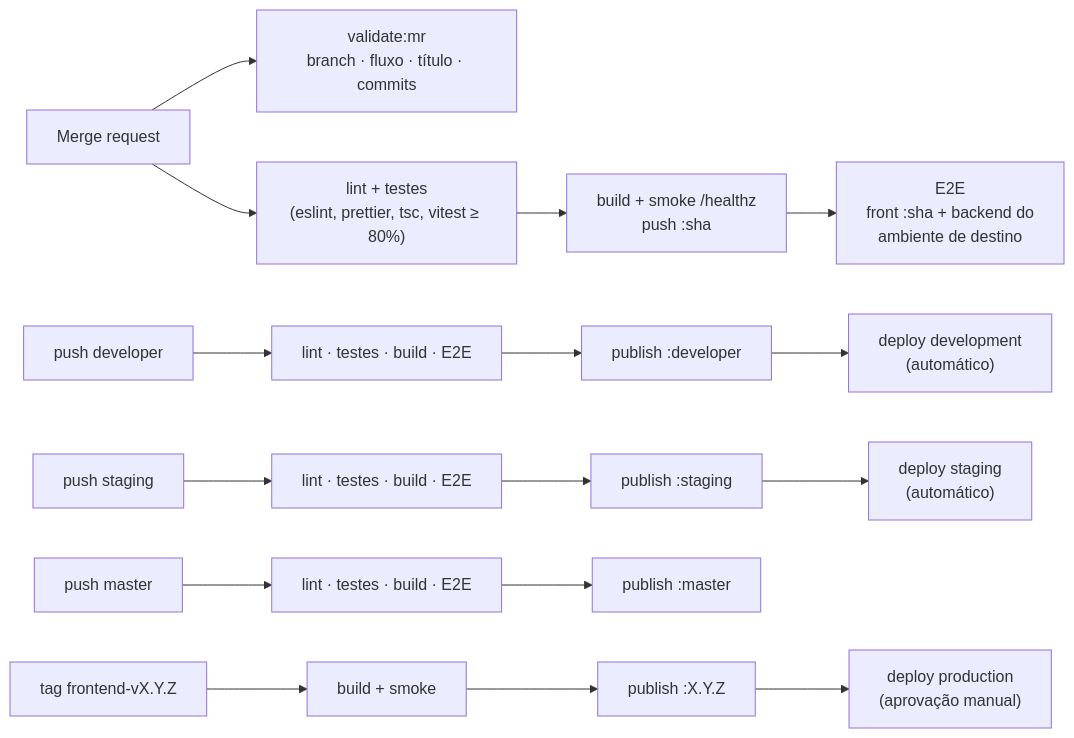
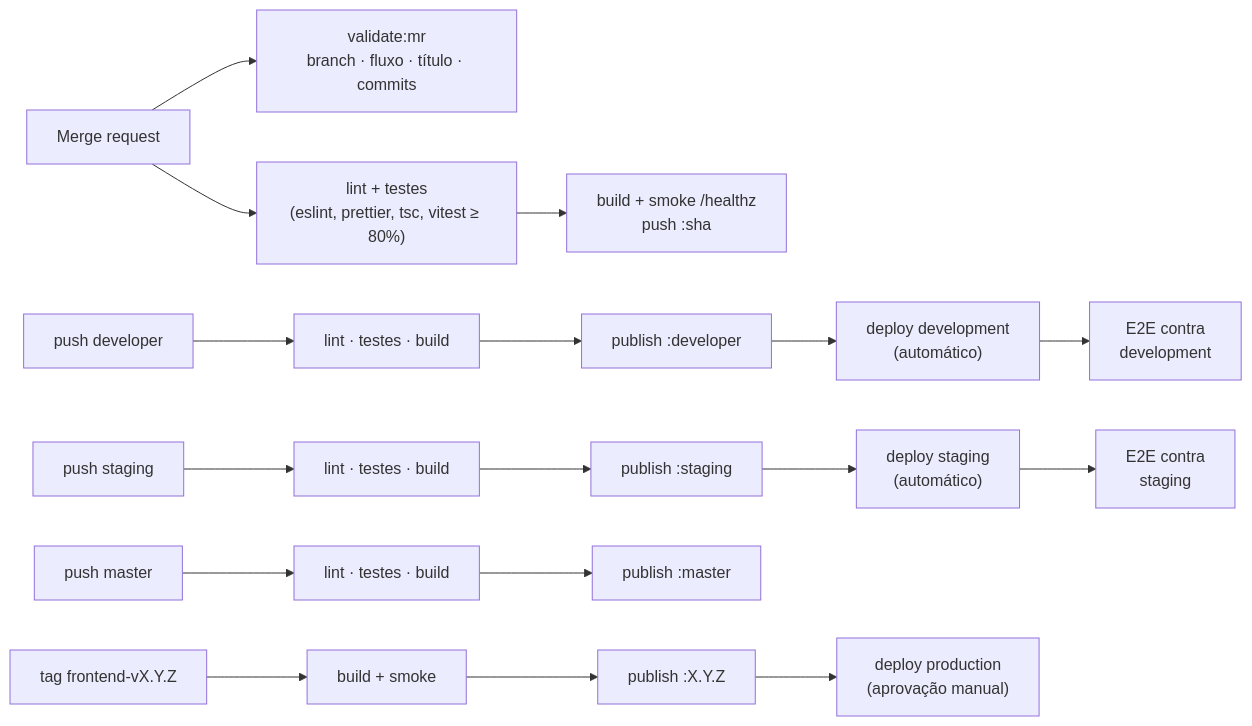
The diagram in frontend/docs/13-ci.md (oseasmoreto/bot-chat), drawn with Mermaid before and after one commit. The commit also changed other lines of this file and 26 other files, not shown here.

````diff
--- a/frontend/docs/13-ci.md
+++ b/frontend/docs/13-ci.md
@@ -25,12 +25,11 @@
 ```mermaid
 flowchart LR
     mr["Merge request"] --> v["validate:mr<br/>branch · fluxo · título · commits"]
     mr --> q["lint + testes<br/>(eslint, prettier, tsc, vitest ≥ 80%)"]
     q --> b["build + smoke /healthz<br/>push :sha"]
-    b --> e["E2E<br/>front :sha + backend do<br/>ambiente de destino"]
 
-    dev["push developer"] --> e1["lint · testes · build · E2E"] --> p1["publish :developer"] --> d1["deploy development<br/>(automático)"]
-    stg["push staging"] --> e2["lint · testes · build · E2E"] --> p2["publish :staging"] --> d2["deploy staging<br/>(automático)"]
-    mst["push master"] --> e3["lint · testes · build · E2E"] --> p3["publish :master"]
+    dev["push developer"] --> e1["lint · testes · build"] --> p1["publish :developer"] --> d1["deploy development<br/>(automático)"] --> x1["E2E contra<br/>development"]
+    stg["push staging"] --> e2["lint · testes · build"] --> p2["publish :staging"] --> d2["deploy staging<br/>(automático)"] --> x2["E2E contra<br/>staging"]
+    mst["push master"] --> e3["lint · testes · build"] --> p3["publish :master"]
     tag["tag frontend-vX.Y.Z"] --> b5["build + smoke"] --> p4["publish :X.Y.Z"] --> d3["deploy production<br/>(aprovação manual)"]
 ```
````
